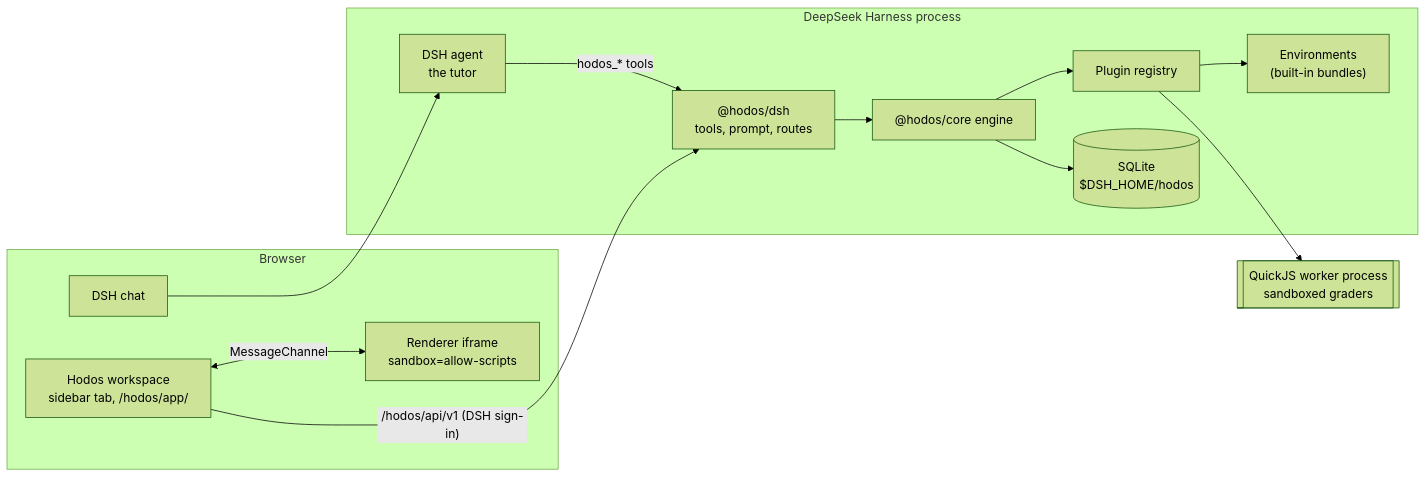
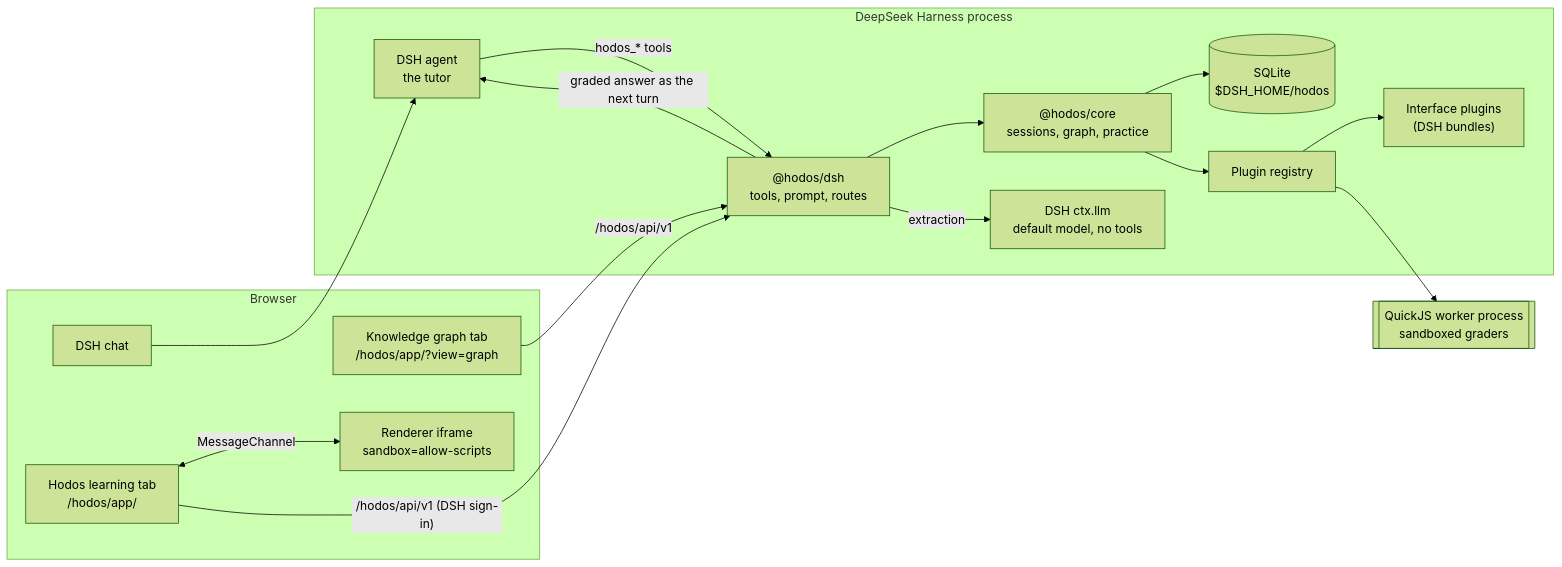
The diagram in docs/architecture.md (AliSohani2082/Hodos), drawn with Mermaid (forest theme) before and after one commit. The commit also changed other lines of this file and 27 other files, not shown here.

````diff
--- a/docs/architecture.md
+++ b/docs/architecture.md
@@ -21,26 +23,31 @@
 ```mermaid
 flowchart LR
   subgraph browser[Browser]
     chat[DSH chat]
-    workspace[Hodos workspace<br/>sidebar tab, /hodos/app/]
+    panel[Hodos learning tab<br/>/hodos/app/]
+    graphtab[Knowledge graph tab<br/>/hodos/app/?view=graph]
     renderer[Renderer iframe<br/>sandbox=allow-scripts]
-    workspace <-- MessageChannel --> renderer
+    panel <-- MessageChannel --> renderer
   end
   subgraph host[DeepSeek Harness process]
     agent[DSH agent<br/>the tutor]
     adapter["@hodos/dsh<br/>tools, prompt, routes"]
-    engine["@hodos/core engine"]
+    core["@hodos/core<br/>sessions, graph, practice"]
     registry[Plugin registry]
-    envs["Environments<br/>(built-in bundles)"]
+    envs["Interface plugins<br/>(DSH bundles)"]
+    llm[DSH ctx.llm<br/>default model, no tools]
     db[(SQLite<br/>$DSH_HOME/hodos)]
   end
   worker[[QuickJS worker process<br/>sandboxed graders]]
   chat --> agent
   agent -- "hodos_* tools" --> adapter
-  workspace -- "/hodos/api/v1 (DSH sign-in)" --> adapter
-  adapter --> engine
-  engine --> db
-  engine --> registry
+  adapter -- "graded answer as the next turn" --> agent
+  panel -- "/hodos/api/v1 (DSH sign-in)" --> adapter
+  graphtab -- "/hodos/api/v1" --> adapter
+  adapter --> core
+  adapter -- "extraction" --> llm
+  core --> db
+  core --> registry
   registry --> envs
   registry --> worker
 ```
````
